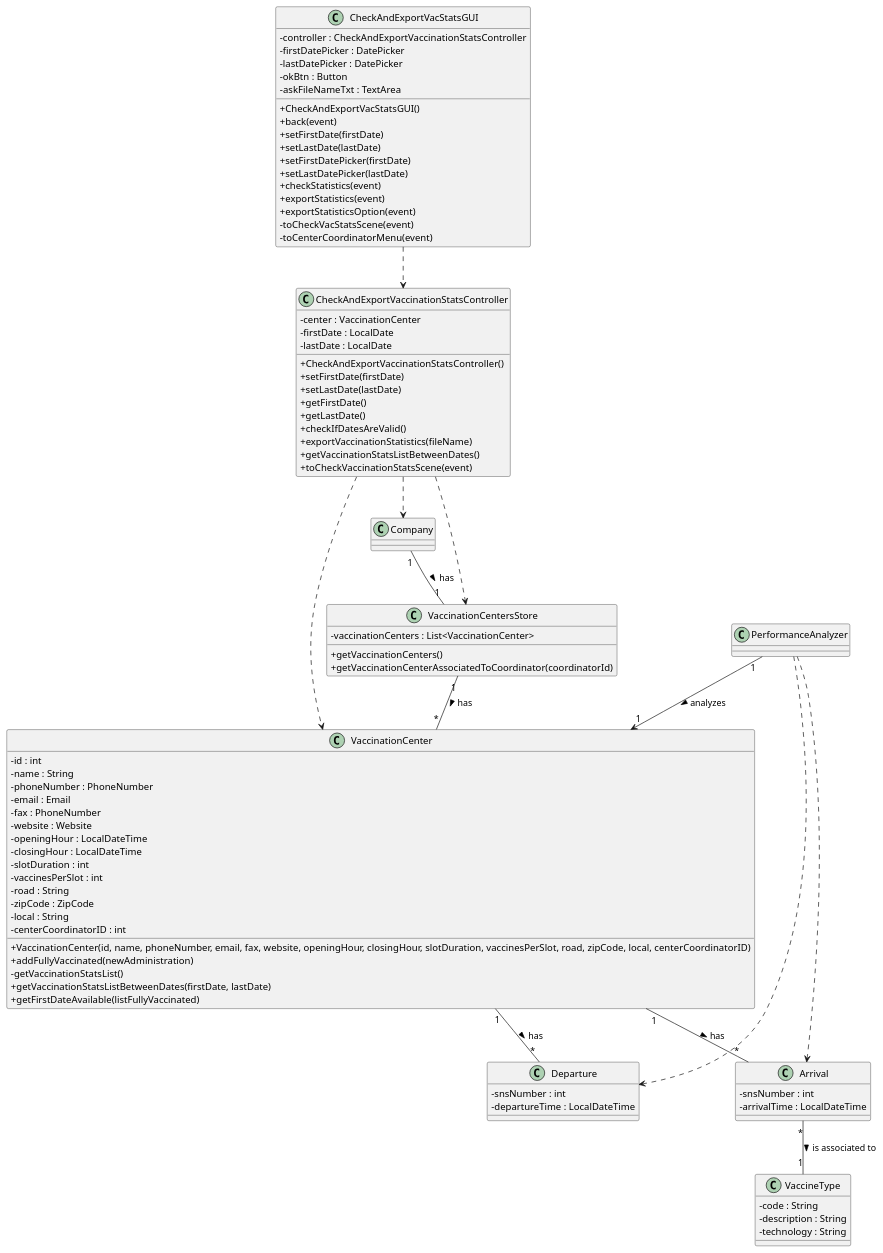
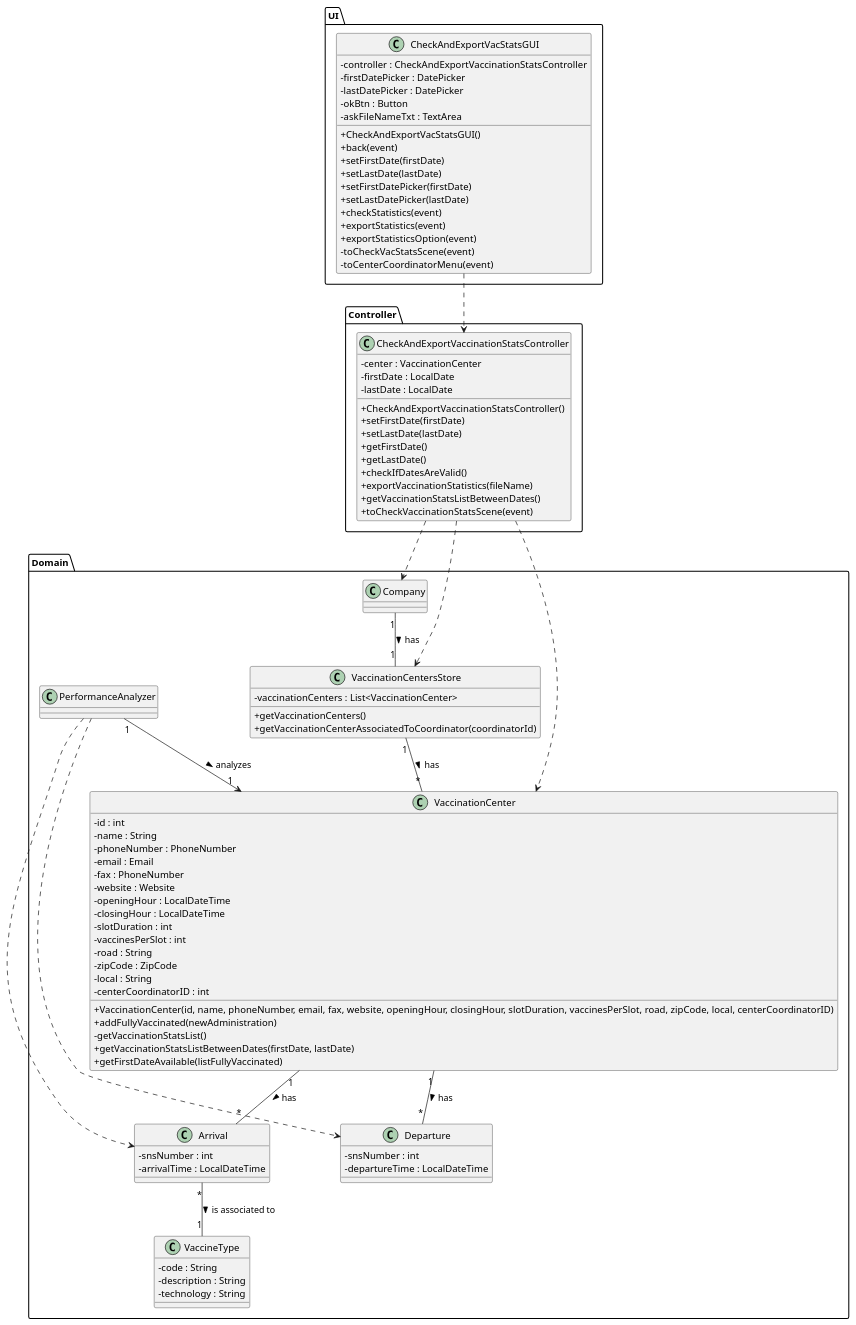
The diagram in docs/SprintD/US016/US016_CD.puml (Pirussa/lei-22-s2-1da-g02), drawn with PlantUML before and after one commit. The commit also changed 3 other files, not shown here.

```diff
--- a/docs/SprintD/US016/US016_CD.puml
+++ b/docs/SprintD/US016/US016_CD.puml
@@ -1,122 +1,122 @@
 @startuml
 skinparam classAttributeIconSize 0
 
 
-
+package UI{
 class CheckAndExportVacStatsGUI {
 -controller : CheckAndExportVaccinationStatsController
 -firstDatePicker : DatePicker
 -lastDatePicker : DatePicker
 -okBtn : Button
 -askFileNameTxt : TextArea
 
 +CheckAndExportVacStatsGUI()
 +back(event)
 +setFirstDate(firstDate)
 +setLastDate(lastDate)
 +setFirstDatePicker(firstDate)
 +setLastDatePicker(lastDate)
 +checkStatistics(event)
 +exportStatistics(event)
 +exportStatisticsOption(event)
 -toCheckVacStatsScene(event)
 -toCenterCoordinatorMenu(event)
 
 }
+}
 
 
-
-
+package Controller{
 class CheckAndExportVaccinationStatsController {
 -center : VaccinationCenter
 - firstDate : LocalDate
 - lastDate : LocalDate
 +CheckAndExportVaccinationStatsController()
 +setFirstDate(firstDate)
 +setLastDate(lastDate)
 +getFirstDate()
 +getLastDate()
 +checkIfDatesAreValid()
 +exportVaccinationStatistics(fileName)
 +getVaccinationStatsListBetweenDates()
 +toCheckVaccinationStatsScene(event)
 }
+}
 
-
-
+package Domain {
 class Company{
 
 }
 
 class VaccinationCenter {
 -id : int
 -name : String
 -phoneNumber : PhoneNumber
 -email : Email
 -fax : PhoneNumber
 -website : Website
 -openingHour : LocalDateTime
 -closingHour : LocalDateTime
 -slotDuration : int
 -vaccinesPerSlot : int
 -road : String
 -zipCode : ZipCode
 -local : String
 -centerCoordinatorID : int
 +VaccinationCenter(id, name, phoneNumber, email, fax, website, openingHour, closingHour, slotDuration, vaccinesPerSlot, road, zipCode, local, centerCoordinatorID)
 +addFullyVaccinated(newAdministration)
 -getVaccinationStatsList()
 +getVaccinationStatsListBetweenDates(firstDate, lastDate)
 +getFirstDateAvailable(listFullyVaccinated)
 }
 
 class VaccinationCentersStore {
 -vaccinationCenters : List<VaccinationCenter>
 +getVaccinationCenters()
 +getVaccinationCenterAssociatedToCoordinator(coordinatorId)
 
 }
 
 class Arrival {
 -snsNumber : int
 -arrivalTime : LocalDateTime
 }
 
 class Departure {
 -snsNumber : int
 -departureTime : LocalDateTime
 }
 
 class PerformanceAnalyzer {
 }
 
 class VaccineType {
 -code : String
 -description : String
 -technology : String
 }
-
+ }
 'UI
 CheckAndExportVacStatsGUI ..> CheckAndExportVaccinationStatsController
 
 'CONTROLLER
 
 CheckAndExportVaccinationStatsController ..> VaccinationCentersStore
 CheckAndExportVaccinationStatsController ..> VaccinationCenter
 CheckAndExportVaccinationStatsController ..> Company
 
 
 
 'DOMAIN
 
 Company "1" -- "1" VaccinationCentersStore : has >
 VaccinationCentersStore "1" -- "*" VaccinationCenter : has >
 PerformanceAnalyzer "1" --> "1" VaccinationCenter : analyzes >
 VaccinationCenter "1" -- "*" Arrival : has >
 VaccinationCenter "1" -- "*" Departure : has >
 PerformanceAnalyzer ..> Arrival
 PerformanceAnalyzer ..> Departure
 Arrival "*" -- "1" VaccineType : is associated to >
 
 
 @enduml
```
